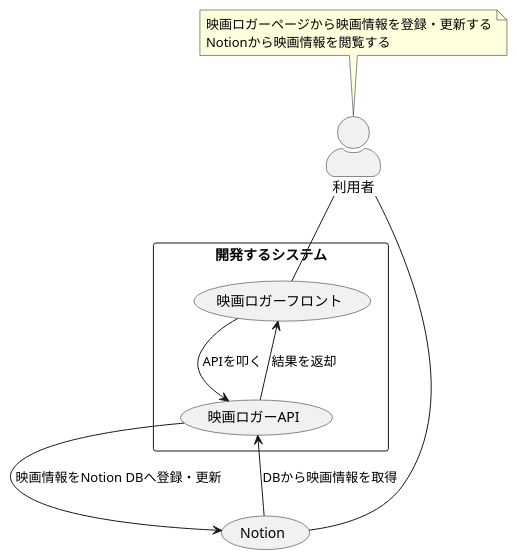
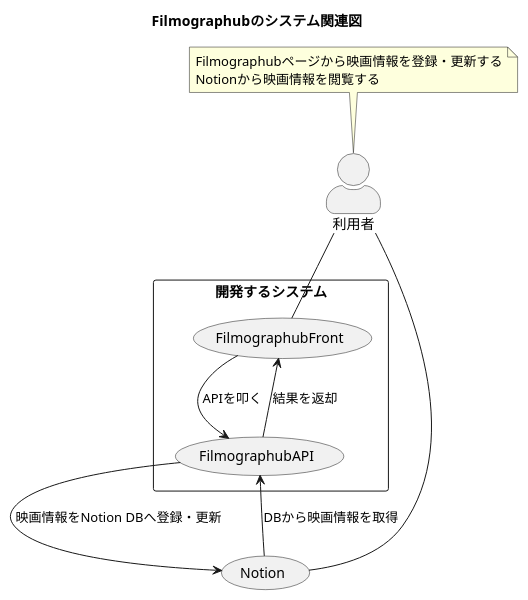
The diagram in api/docs/system_relation/system_relation.puml (takeYY/filmography), drawn with PlantUML before and after one commit. The commit also changed 12 other files, not shown here.

Commit message:
🚚 movie-logger->filmographubに変更

```diff
--- a/api/docs/system_relation/system_relation.puml
+++ b/api/docs/system_relation/system_relation.puml
@@ -1,25 +1,26 @@
 @startuml fig_system_relation
 
+title Filmographubのシステム関連図
 skinparam actorStyle awesome
 
 
 rectangle 開発するシステム {
-  "映画ロガーフロント" as (MovieLoggerFront)
-  "映画ロガーAPI" as (MovieLoggerApi)
+  "FilmographubFront" as (FilmographubFront)
+  "FilmographubAPI" as (FilmographubApi)
 
 }
 
-:利用者: -- (MovieLoggerFront)
+:利用者: -- (FilmographubFront)
 :利用者: -- (Notion)
 
-(MovieLoggerFront) --> (MovieLoggerApi) :APIを叩く
-(MovieLoggerFront) <-- (MovieLoggerApi) :結果を返却
-(MovieLoggerApi) --> (Notion) :映画情報をNotion DBへ登録・更新
-(MovieLoggerApi) <-- (Notion) :DBから映画情報を取得
+(FilmographubFront) --> (FilmographubApi) :APIを叩く
+(FilmographubFront) <-- (FilmographubApi) :結果を返却
+(FilmographubApi) --> (Notion) :映画情報をNotion DBへ登録・更新
+(FilmographubApi) <-- (Notion) :DBから映画情報を取得
 
-note "映画ロガーページから映画情報を登録・更新する\nNotionから映画情報を閲覧する" as note01
+note "Filmographubページから映画情報を登録・更新する\nNotionから映画情報を閲覧する" as note01
 
 note01 .. :利用者:
 
 
 @enduml
```
